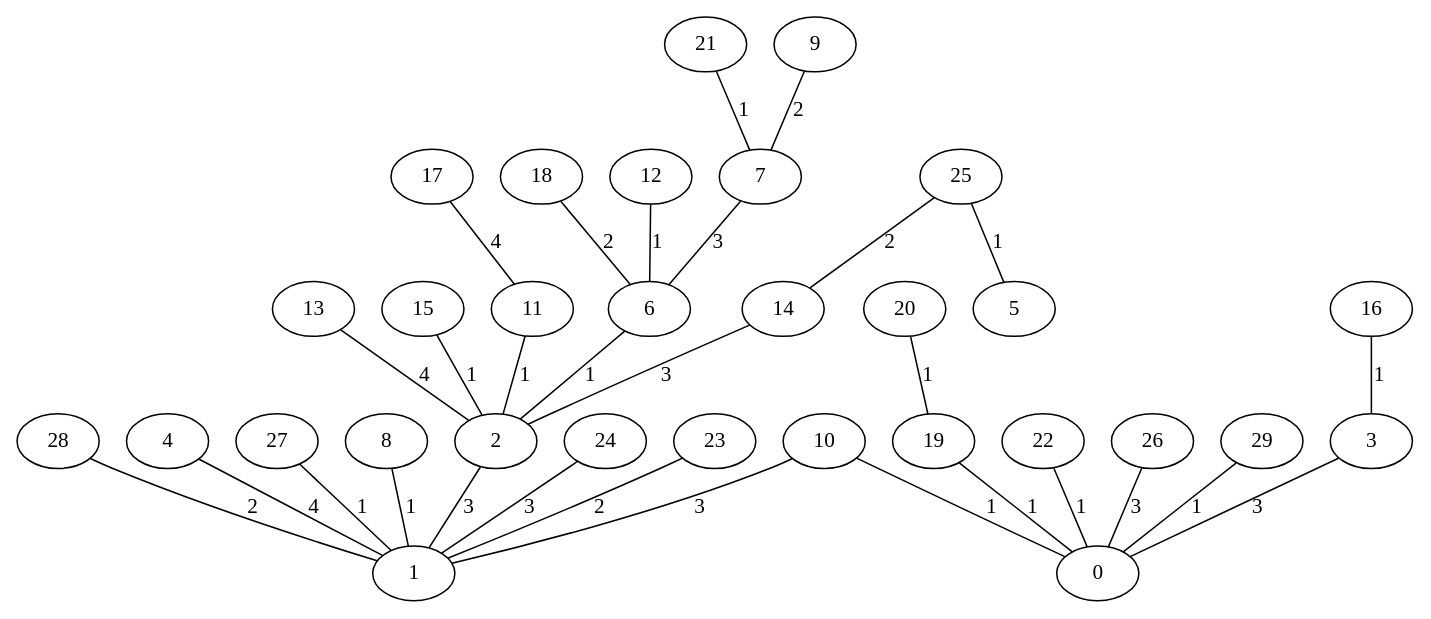
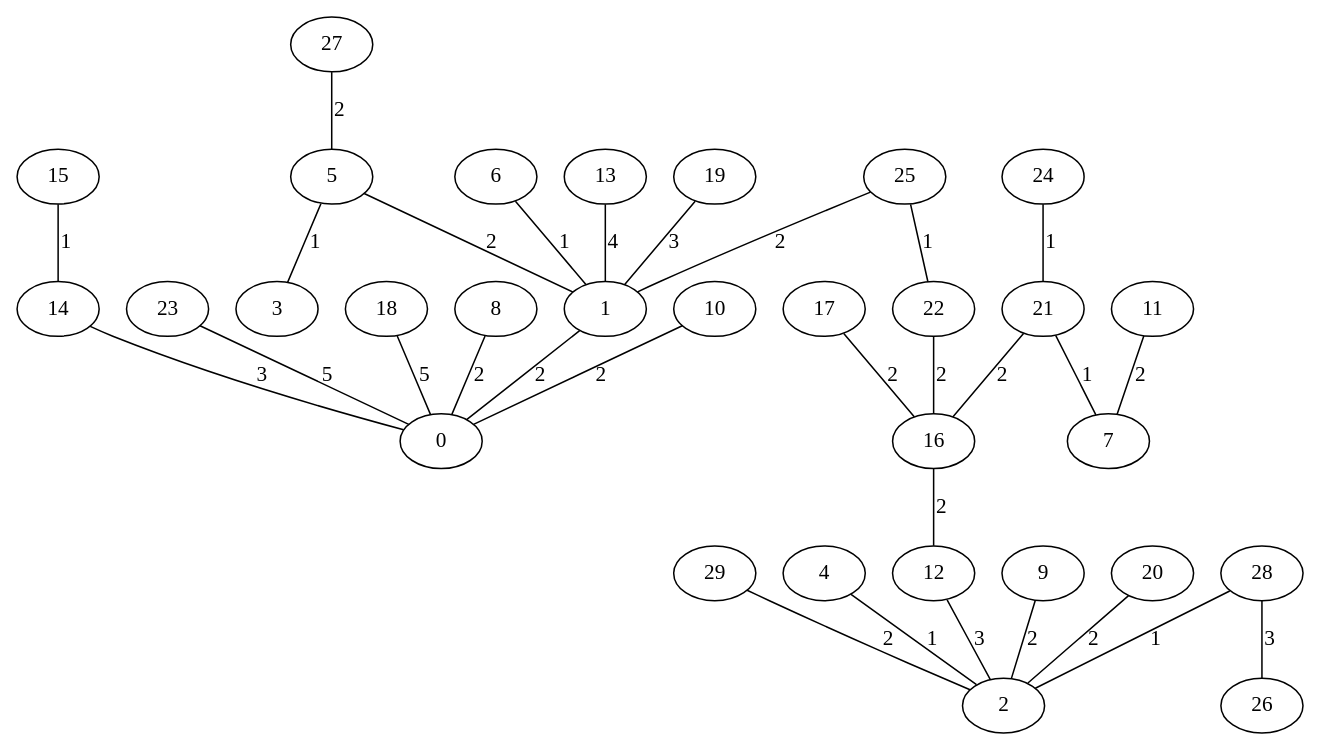
The diagram in Kruskal_Barabasi3030.gv (saradejesuss/GenerarGrafos), drawn with Graphviz before and after one commit. The commit also changed 15 other files, not shown here.

```diff
--- a/Kruskal_Barabasi3030.gv
+++ b/Kruskal_Barabasi3030.gv
@@ -1,61 +1,61 @@
 graph{
-   13;
-   28;
    3;
-   15;
-   22;
-   21;
-   25;
-   20;
+   12;
+   14;
    18;
-   26;
-   11;
-   2;
-   0;
-   12;
-   4;
-   27;
-   19;
-   9;
-   29;
-   6;
-   17;
-   7;
    5;
    8;
+   15;
+   6;
+   2;
+   29;
+   7;
+   11;
+   13;
+   1;
+   4;
+   19;
+   17;
+   28;
    10;
-   14;
-   1;
+   27;
+   22;
+   9;
+   20;
+   25;
+   23;
+   26;
+   0;
    16;
+   21;
    24;
-   23;
-   13 -- 2 [label="4"];
-   17 -- 11 [label="4"];
+   13 -- 1 [label="4"];
+   15 -- 14 [label="1"];
+   21 -- 16 [label="2"];
+   18 -- 0 [label="5"];
+   10 -- 0 [label="2"];
+   12 -- 2 [label="3"];
+   23 -- 0 [label="5"];
+   29 -- 2 [label="2"];
+   8 -- 0 [label="2"];
+   25 -- 1 [label="2"];
+   4 -- 2 [label="1"];
+   6 -- 1 [label="1"];
+   17 -- 16 [label="2"];
+   19 -- 1 [label="3"];
+   9 -- 2 [label="2"];
+   22 -- 16 [label="2"];
+   27 -- 5 [label="2"];
+   28 -- 2 [label="1"];
    21 -- 7 [label="1"];
-   2 -- 1 [label="3"];
-   20 -- 19 [label="1"];
-   12 -- 6 [label="1"];
-   24 -- 1 [label="3"];
-   26 -- 0 [label="3"];
-   19 -- 0 [label="1"];
-   6 -- 2 [label="1"];
-   11 -- 2 [label="1"];
-   7 -- 6 [label="3"];
-   29 -- 0 [label="1"];
-   27 -- 1 [label="1"];
-   10 -- 0 [label="1"];
-   23 -- 1 [label="2"];
-   3 -- 0 [label="3"];
-   14 -- 2 [label="3"];
-   16 -- 3 [label="1"];
-   9 -- 7 [label="2"];
-   4 -- 1 [label="4"];
-   15 -- 2 [label="1"];
-   22 -- 0 [label="1"];
-   18 -- 6 [label="2"];
-   10 -- 1 [label="3"];
-   25 -- 5 [label="1"];
-   8 -- 1 [label="1"];
-   25 -- 14 [label="2"];
-   28 -- 1 [label="2"];
+   11 -- 7 [label="2"];
+   16 -- 12 [label="2"];
+   5 -- 1 [label="2"];
+   20 -- 2 [label="2"];
+   25 -- 22 [label="1"];
+   14 -- 0 [label="3"];
+   1 -- 0 [label="2"];
+   24 -- 21 [label="1"];
+   5 -- 3 [label="1"];
+   28 -- 26 [label="3"];
 }
```
